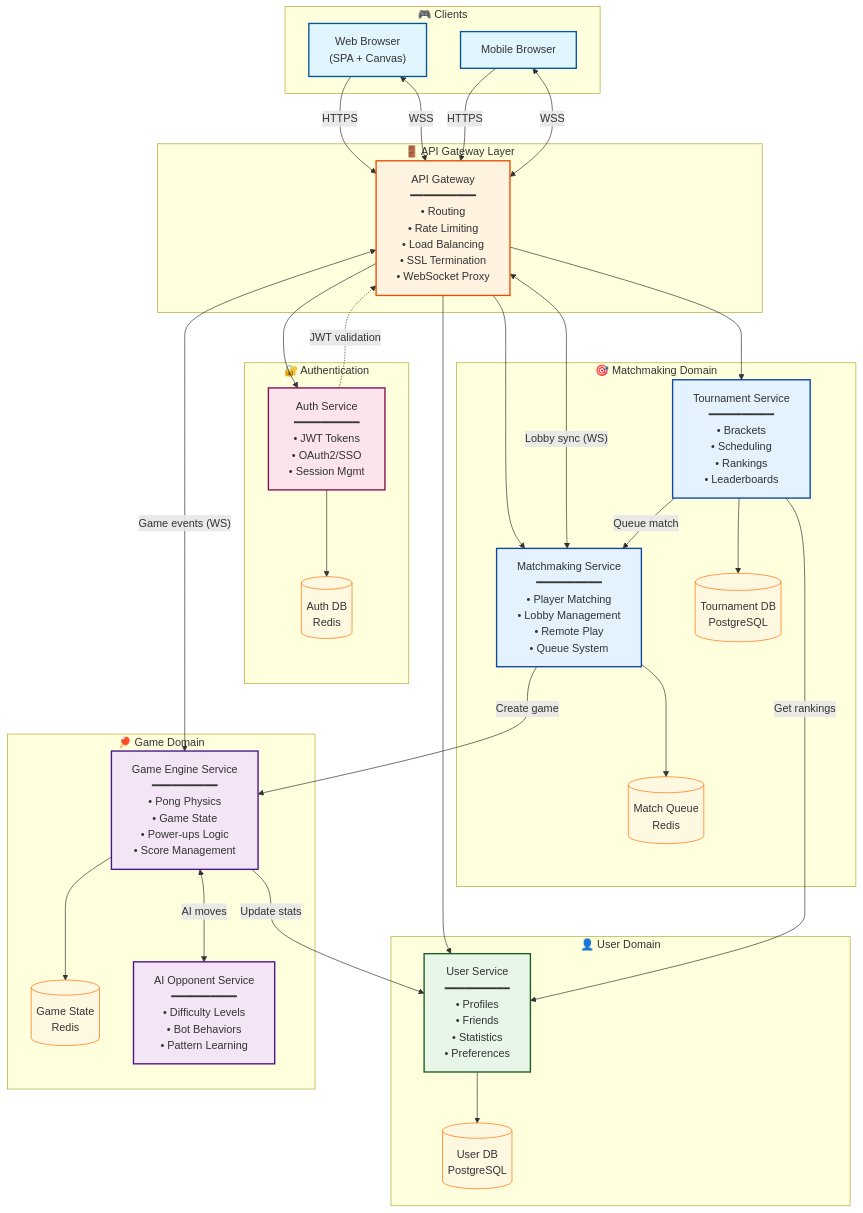
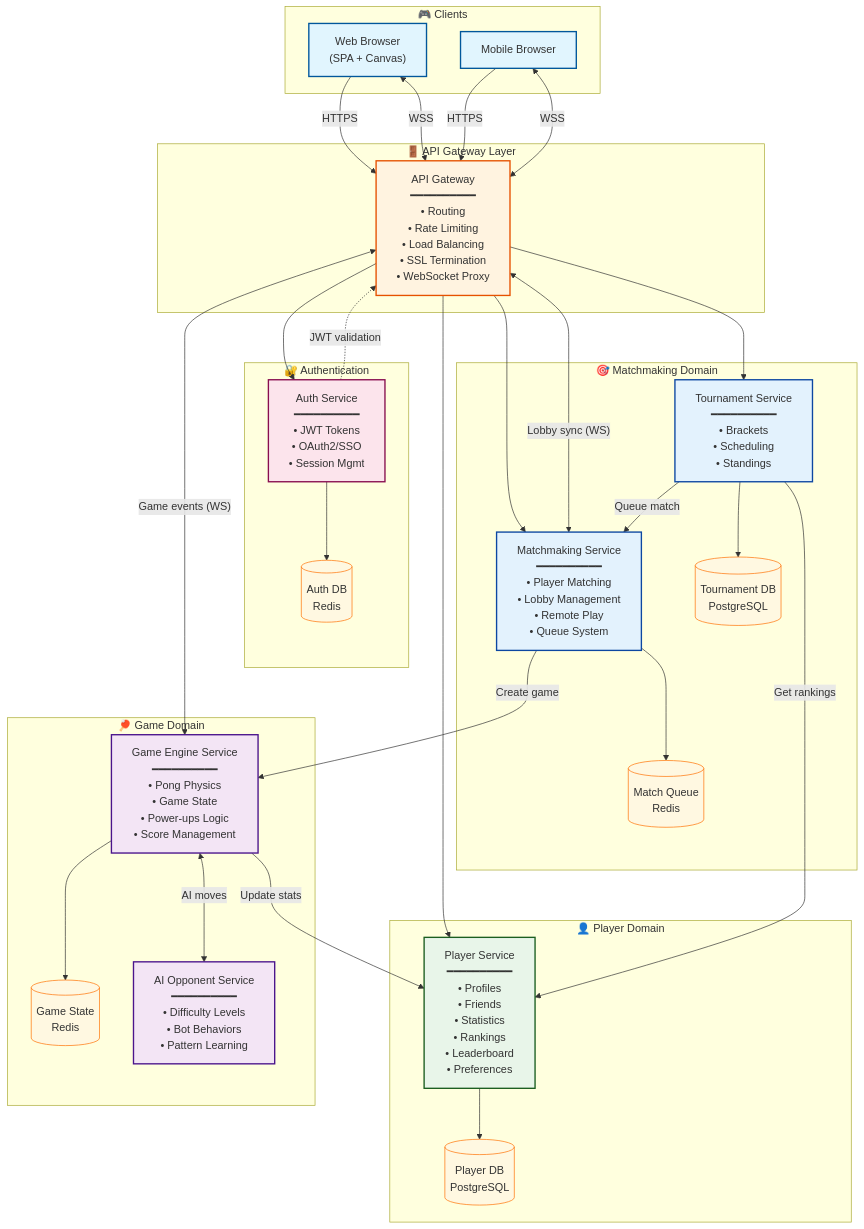
Before and after one commit to Eveline-Lim/transcendence: the diagram in docs/architectures/global-view.md, drawn with Mermaid. The commit also changed 5 other files, not shown here.

Commit message:
Update API documentation for Player, Match, and Tournament services; enhance global view diagram

```diff
--- a/docs/architectures/global-view.md
+++ b/docs/architectures/global-view.md
@@ -18,9 +18,9 @@
         AuthDB[("Auth DB<br/>Redis")]
     end
 
-    subgraph UserDomain["👤 User Domain"]
-        UserService["User Service<br/>━━━━━━━━━━<br/>• Profiles<br/>• Friends<br/>• Statistics<br/>• Preferences"]
-        UserDB[("User DB<br/>PostgreSQL")]
+    subgraph PlayerDomain["👤 Player Domain"]
+        PlayerService["Player Service<br/>━━━━━━━━━━<br/>• Profiles<br/>• Friends<br/>• Statistics<br/>• Rankings<br/>• Leaderboard<br/>• Preferences"]
+        PlayerDB[("Player DB<br/>PostgreSQL")]
     end
 
     subgraph GameDomain["🏓 Game Domain"]
@@ -32,7 +32,7 @@
     subgraph MatchDomain["🎯 Matchmaking Domain"]
         MatchService["Matchmaking Service<br/>━━━━━━━━━━<br/>• Player Matching<br/>• Lobby Management<br/>• Remote Play<br/>• Queue System"]
         MatchDB[("Match Queue<br/>Redis")]
-        TournamentService["Tournament Service<br/>━━━━━━━━━━<br/>• Brackets<br/>• Scheduling<br/>• Rankings<br/>• Leaderboards"]
+        TournamentService["Tournament Service<br/>━━━━━━━━━━<br/>• Brackets<br/>• Scheduling<br/>• Standings"]
         TournamentDB[("Tournament DB<br/>PostgreSQL")]
     end
 
@@ -44,7 +44,7 @@
 
     %% Gateway to Services
     APIGW --> AuthService
-    APIGW --> UserService
+    APIGW --> PlayerService
     APIGW --> MatchService
     APIGW --> TournamentService
     APIGW <-->|"Game events (WS)"| GameEngine
@@ -55,23 +55,23 @@
     AuthService -.->|"JWT validation"| APIGW
 
     %% Data access
-    UserService --> UserDB
+    PlayerService --> PlayerDB
     GameEngine --> GameState
 
     %% Inter-service communication (labeled)
-    GameEngine -->|"Update stats"| UserService
+    GameEngine -->|"Update stats"| PlayerService
     GameEngine <-->|"AI moves"| AIService
     MatchService --> MatchDB
     MatchService -->|"Create game"| GameEngine
     TournamentService --> TournamentDB
     TournamentService -->|"Queue match"| MatchService
-    TournamentService -->|"Get rankings"| UserService
+    TournamentService -->|"Get rankings"| PlayerService
 
     %% Styling
     classDef client fill:#e1f5fe,stroke:#01579b,stroke-width:2px
     classDef gateway fill:#fff3e0,stroke:#e65100,stroke-width:2px
     classDef auth fill:#fce4ec,stroke:#880e4f,stroke-width:2px
-    classDef user fill:#e8f5e9,stroke:#1b5e20,stroke-width:2px
+    classDef player fill:#e8f5e9,stroke:#1b5e20,stroke-width:2px
     classDef game fill:#f3e5f5,stroke:#4a148c,stroke-width:2px
     classDef match fill:#e3f2fd,stroke:#0d47a1,stroke-width:2px
     classDef db fill:#fff8e1,stroke:#ff6f00,stroke-width:1px
@@ -80,8 +80,8 @@
     class APIGW gateway
     class AuthService auth
     class AuthDB db
-    class UserService user
-    class UserDB db
+    class PlayerService player
+    class PlayerDB db
     class GameEngine game
     class GameState db
     class AIService game
```
